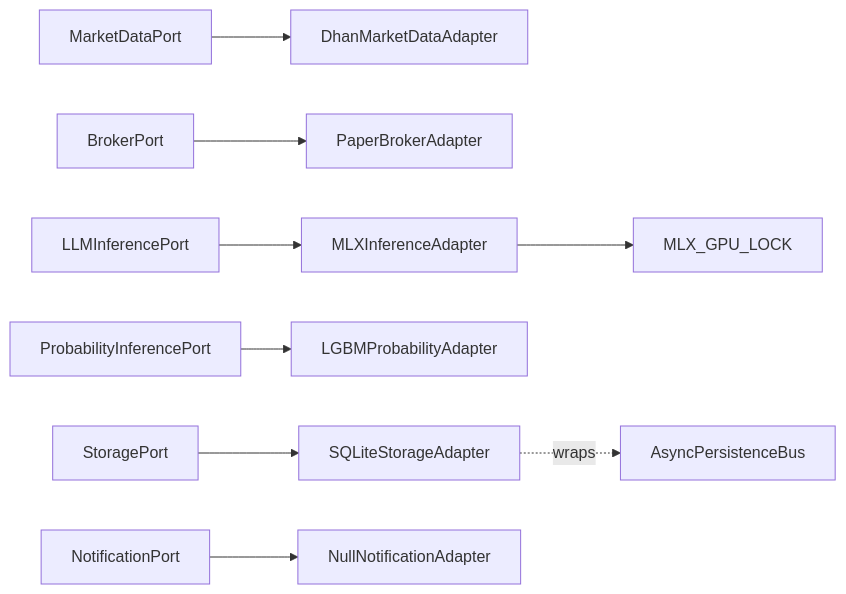
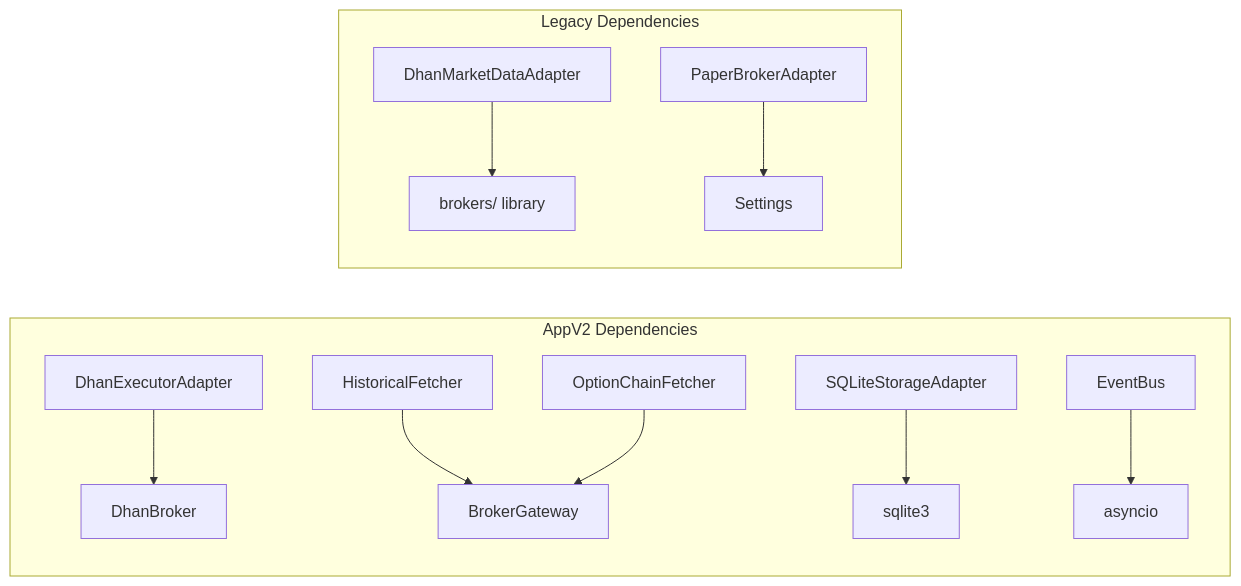
One commit to gemrajkhatry-maker/v5-of-glassytrade-ai changed the eighth of 8 diagrams in .qoder/repowiki/en/content/Architecture Deep Dive/Clean Architecture Layers/Infrastructure Layer/Infrastructure Layer.md. Above: the diagram before and after it, drawn with Mermaid. The commit also changed other lines of this file and 930 other files, not shown here.

````diff
--- a/.qoder/repowiki/en/content/Architecture Deep Dive/Clean Architecture Layers/Infrastructure Layer/Infrastructure Layer.md
+++ b/.qoder/repowiki/en/content/Architecture Deep Dive/Clean Architecture Layers/Infrastructure Layer/Infrastructure Layer.md
@@ -479,11 +406,14 @@
 ```mermaid
 graph LR
-Port1["MarketDataPort"] --> Impl1["DhanMarketDataAdapter"]
-Port2["BrokerPort"] --> Impl2["PaperBrokerAdapter"]
-Port3["LLMInferencePort"] --> Impl3["MLXInferenceAdapter"]
-Port4["ProbabilityInferencePort"] --> Impl4["LGBMProbabilityAdapter"]
-Port5["StoragePort"] --> Impl5["SQLiteStorageAdapter"]
-Port6["NotificationPort"] --> Impl6["NullNotificationAdapter"]
-Impl5 -.wraps.-> Bus["AsyncPersistenceBus"]
-Impl3 --> Lock["MLX_GPU_LOCK"]
+subgraph "AppV2 Dependencies"
+DhanExec["DhanExecutorAdapter"] --> DhanBroker["DhanBroker"]
+HistFetch["HistoricalFetcher"] --> BrokerGateway["BrokerGateway"]
+OptChain["OptionChainFetcher"] --> BrokerGateway
+SQLStore["SQLiteStorageAdapter"] --> SQLite3["sqlite3"]
+EventBus["EventBus"] --> AsyncIO["asyncio"]
+end
+subgraph "Legacy Dependencies"
+LegacyDhan["DhanMarketDataAdapter"] --> BrokersLib["brokers/ library"]
+LegacyPaper["PaperBrokerAdapter"] --> Settings["Settings"]
+end
 ```
````
